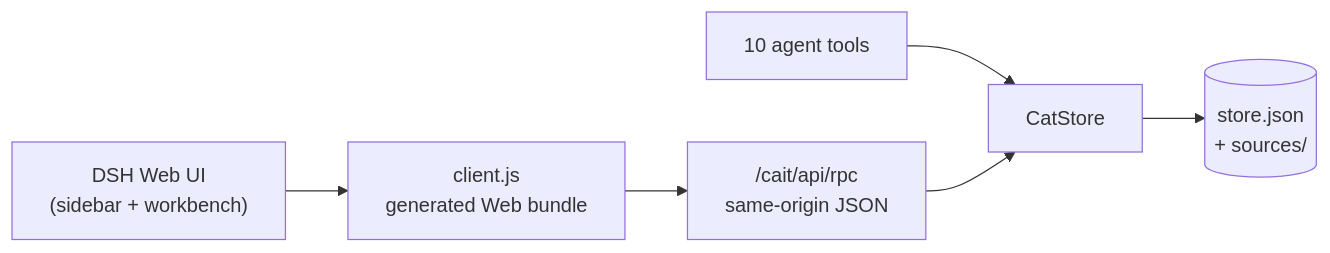
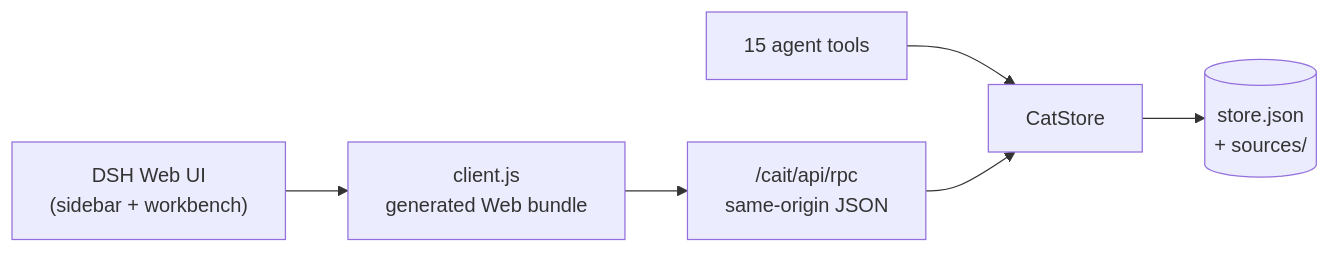
The diagram in README.md (JoviLecca/dsh-CAIT), drawn with Mermaid before and after one commit. The commit also changed other lines of this file and 26 other files, not shown here.

````diff
--- a/README.md
+++ b/README.md
@@ -350,8 +382,8 @@
 ```mermaid
 flowchart LR
   UI["DSH Web UI<br/>(sidebar + workbench)"] --> Client["client.js<br/>generated Web bundle"]
   Client --> API["/cait/api/rpc<br/>same-origin JSON"]
-  Tools["10 agent tools"] --> Store["CatStore"]
+  Tools["15 agent tools"] --> Store["CatStore"]
   API --> Store
   Store --> Snapshot[("store.json<br/>+ sources/")]
 ```
````
